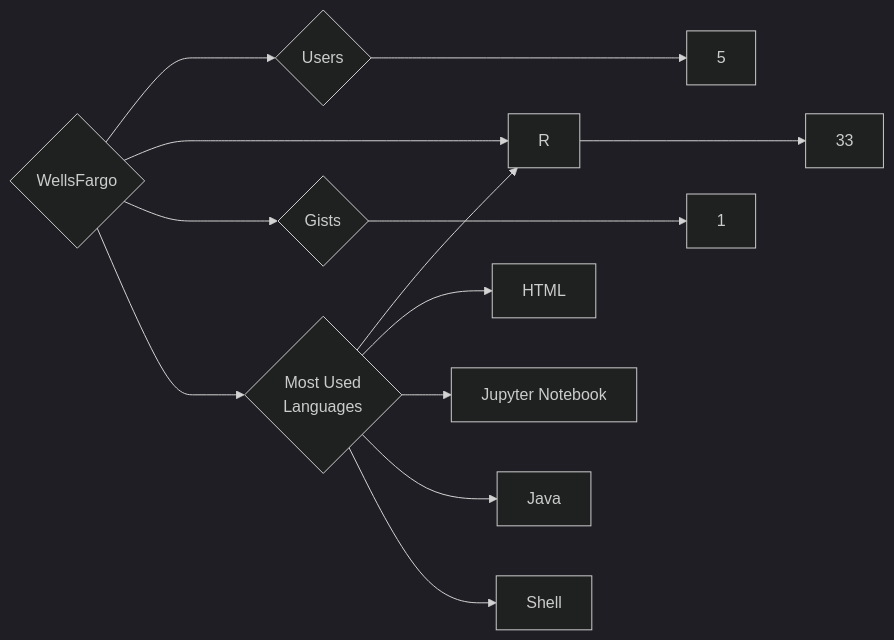
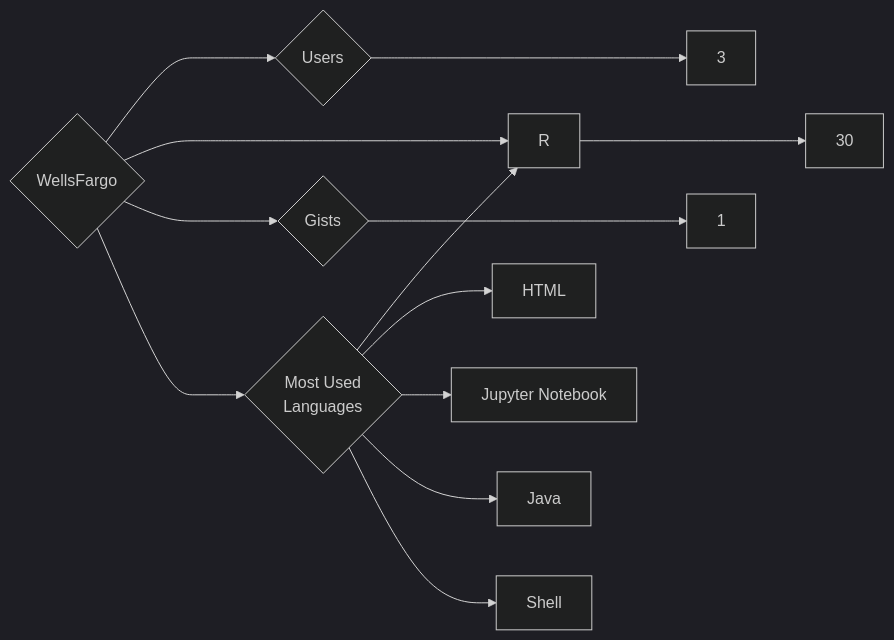
One commit to trickest/insiders changed the diagram in targets/WellsFargo/README.md. Above: the diagram before and after it, drawn with Mermaid (dark theme). The commit also changed 787 other files, not shown here.

````diff
--- a/targets/WellsFargo/README.md
+++ b/targets/WellsFargo/README.md
@@ -3,13 +3,13 @@
 ```mermaid
 graph LR
 COMPANY_NAME{WellsFargo}
-COMPANY_NAME ---> U{Users} ---> UN[5]
-COMPANY_NAME ---> R{Repositories} ---> RN[33]
+COMPANY_NAME ---> U{Users} ---> UN[3]
+COMPANY_NAME ---> R{Repositories} ---> RN[30]
 COMPANY_NAME ---> G{Gists} ---> GN[1]
 COMPANY_NAME ---> ML{Most Used<br>Languages}
 ML --> R[R]
 ML --> HTML[HTML]
 ML --> Jupyter_Notebook[Jupyter Notebook]
 ML --> Java[Java]
 ML --> Shell[Shell]
 ```
````
